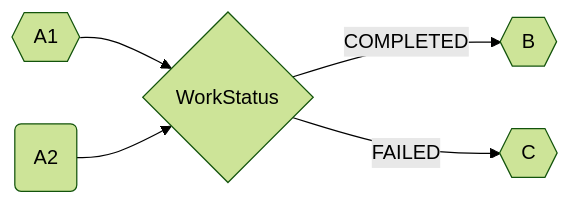
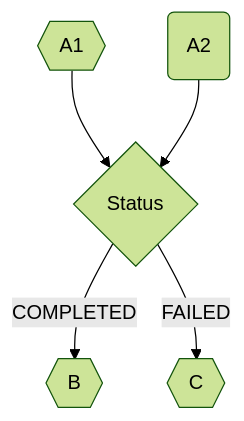
The first of 4 diagrams in README.md (feuyeux/hello-easy-flows), drawn with Mermaid (forest theme) before and after one commit. The commit also changed other lines of this file and 13 other files, not shown here.

````diff
--- a/README.md
+++ b/README.md
@@ -109,6 +111,6 @@
 ```mermaid
-flowchart LR
-A1{{A1}}  & A2(A2)  --> R{WorkStatus}
+flowchart TD
+A1{{A1}}  & A2(A2)  --> R{Status}
 R --> |COMPLETED| B{{B}}
 R --> |FAILED| C{{C}}
 ```
````
